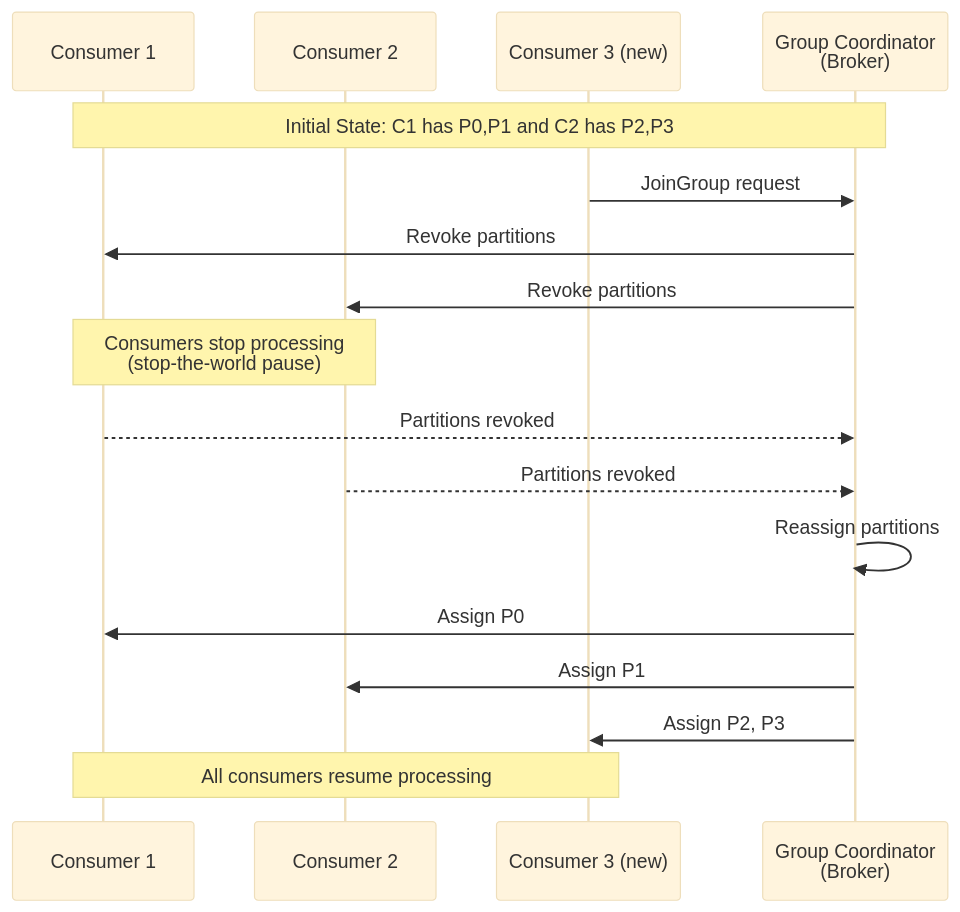
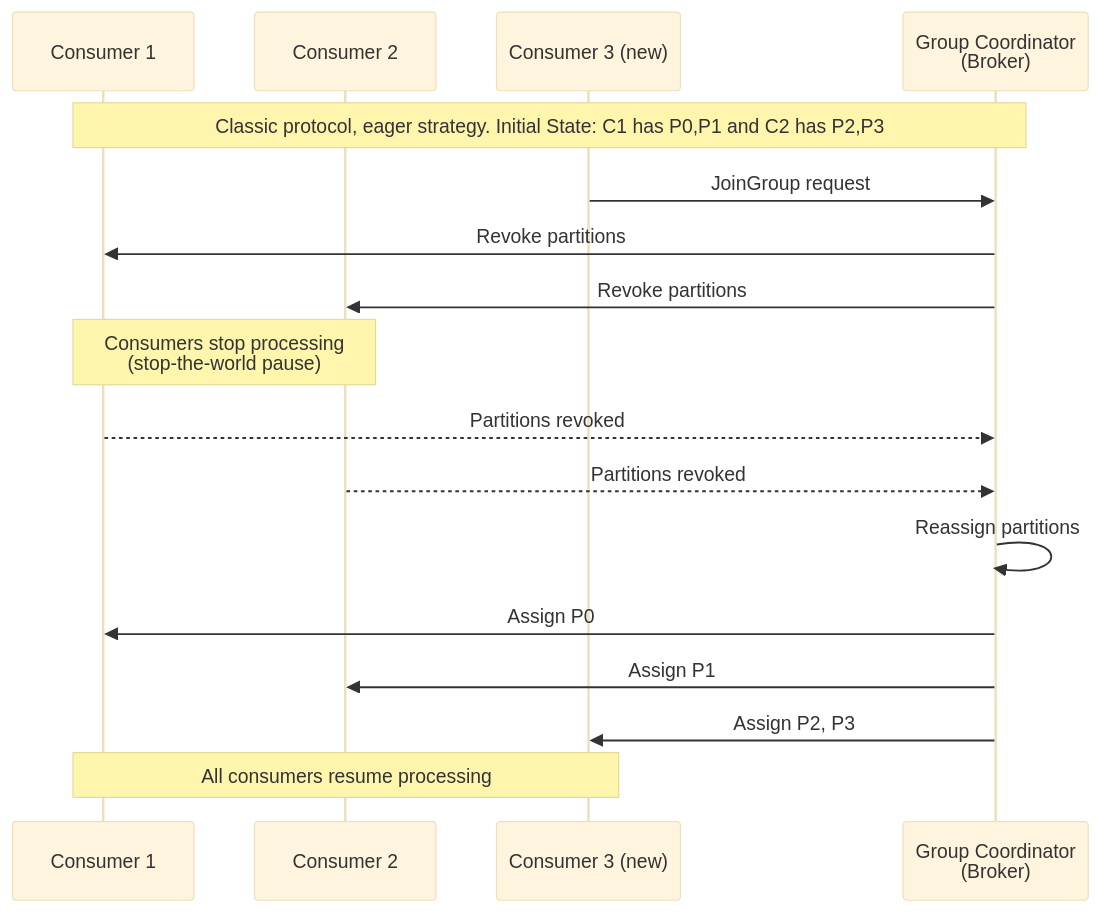
The fifth of 6 diagrams in async-projects/07-data-streaming-mastery/module-02-kafka-core/README.md (surfalytics/data-projects), drawn with Mermaid (base theme) before and after one commit. The commit also changed other lines of this file and 90 other files, not shown here.

````diff
--- a/async-projects/07-data-streaming-mastery/module-02-kafka-core/README.md
+++ b/async-projects/07-data-streaming-mastery/module-02-kafka-core/README.md
@@ -286,21 +287,21 @@
 ```mermaid
 sequenceDiagram
     participant C1 as Consumer 1
     participant C2 as Consumer 2
     participant C3 as Consumer 3 (new)
     participant GC as Group Coordinator<br/>(Broker)
 
-    Note over C1,GC: Initial State: C1 has P0,P1 and C2 has P2,P3
+    Note over C1,GC: Classic protocol, eager strategy. Initial State: C1 has P0,P1 and C2 has P2,P3
 
     C3->>GC: JoinGroup request
     GC->>C1: Revoke partitions
     GC->>C2: Revoke partitions
     Note over C1,C2: Consumers stop processing<br/>(stop-the-world pause)
     C1-->>GC: Partitions revoked
     C2-->>GC: Partitions revoked
     GC->>GC: Reassign partitions
     GC->>C1: Assign P0
     GC->>C2: Assign P1
     GC->>C3: Assign P2, P3
     Note over C1,C3: All consumers resume processing
 ```
````
